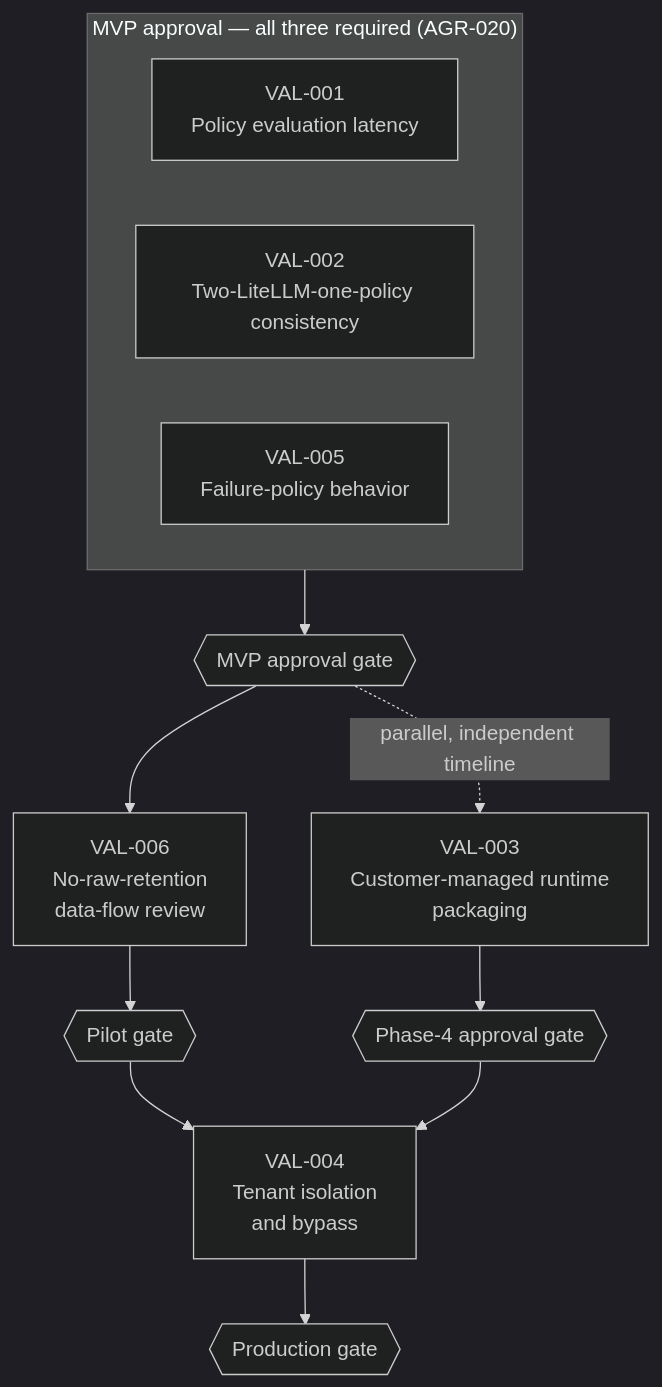
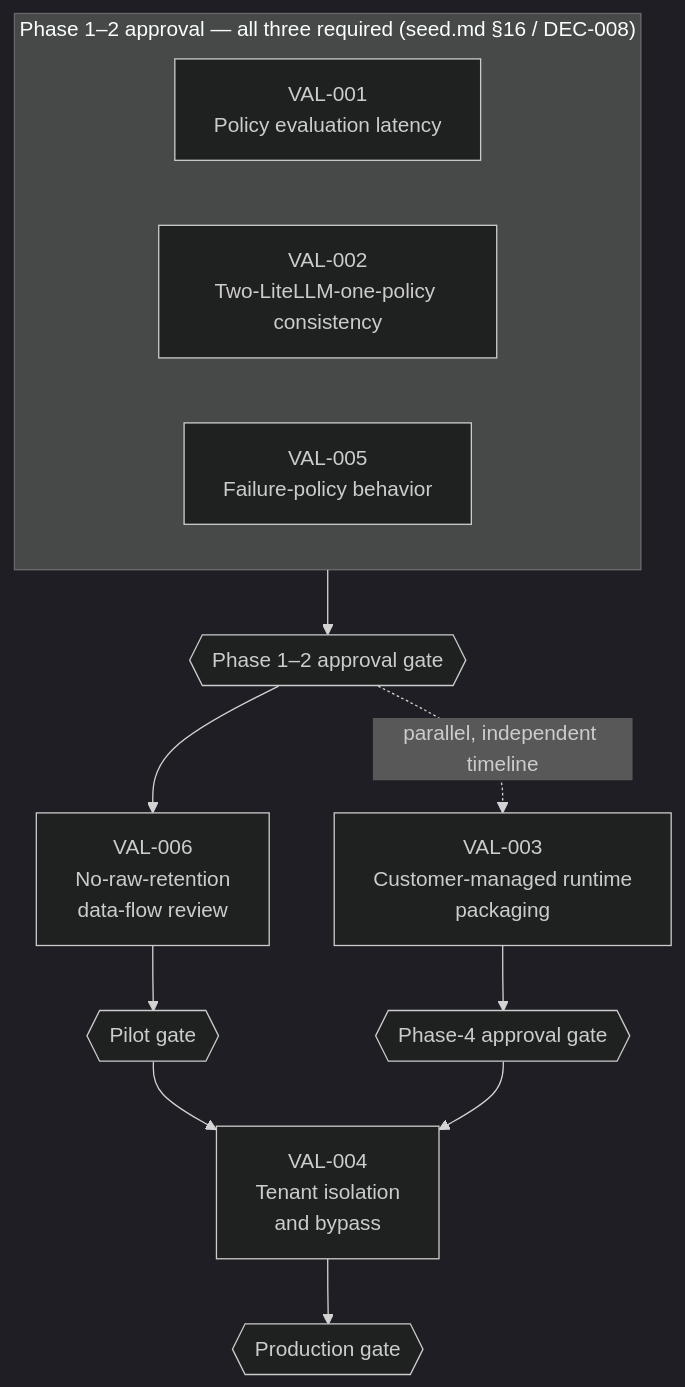
One commit to veglezMX/guardrails changed the second of 3 diagrams in solution-docs/60-delivery/VALIDATION-PLAN.md. Above: the diagram before and after it, drawn with Mermaid (dark theme). The commit also changed other lines of this file and 70 other files, not shown here.

````diff
--- a/solution-docs/60-delivery/VALIDATION-PLAN.md
+++ b/solution-docs/60-delivery/VALIDATION-PLAN.md
@@ -223,16 +223,16 @@
 ```mermaid
 flowchart TD
-    subgraph MVP["MVP approval — all three required (AGR-020)"]
+    subgraph P12["Phase 1–2 approval — all three required (seed.md §16 / DEC-008)"]
         V1[VAL-001<br/>Policy evaluation latency]
         V2[VAL-002<br/>Two-LiteLLM-one-policy consistency]
         V5[VAL-005<br/>Failure-policy behavior]
     end
-    MVP --> GATE1{{MVP approval gate}}
+    P12 --> GATE1{{Phase 1–2 approval gate}}
     GATE1 --> V6[VAL-006<br/>No-raw-retention<br/>data-flow review]
     V6 --> GATE2{{Pilot gate}}
     GATE1 -.parallel, independent timeline.-> V3[VAL-003<br/>Customer-managed runtime<br/>packaging]
     V3 --> GATE3{{Phase-4 approval gate}}
     GATE2 --> V4[VAL-004<br/>Tenant isolation<br/>and bypass]
     GATE3 --> V4
     V4 --> GATE4{{Production gate}}
 ```
````
